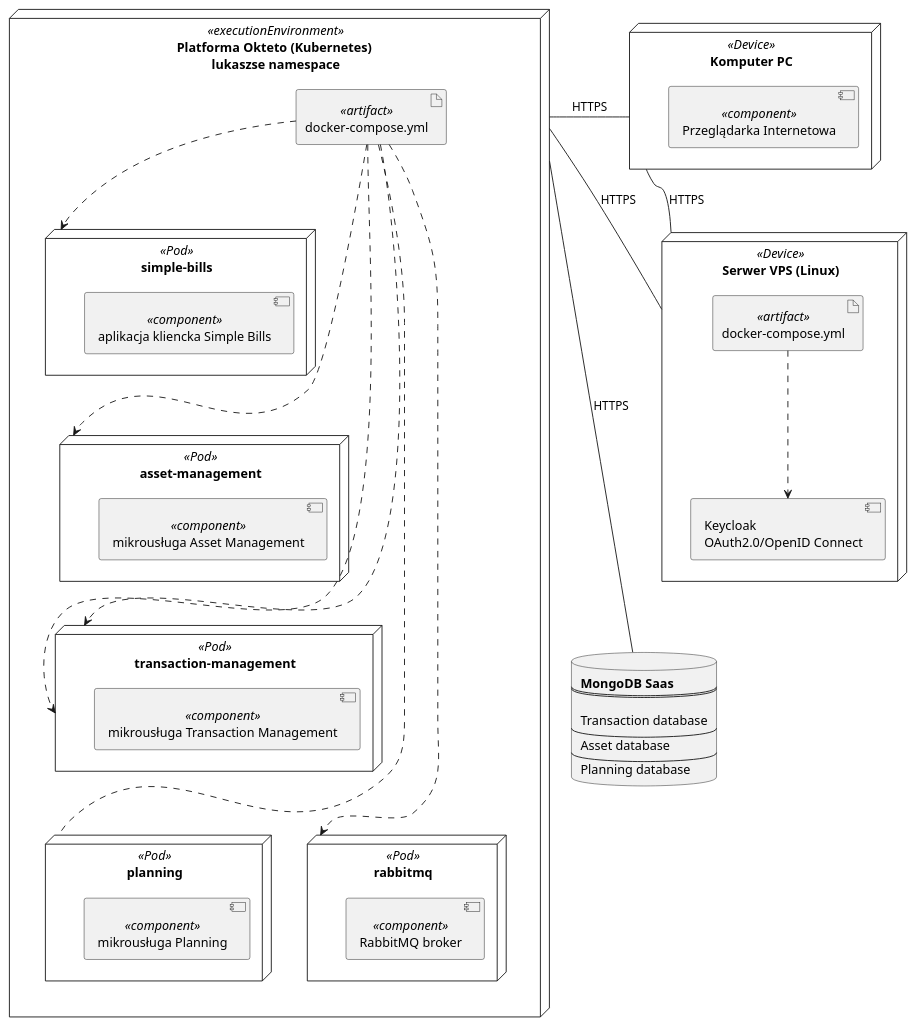
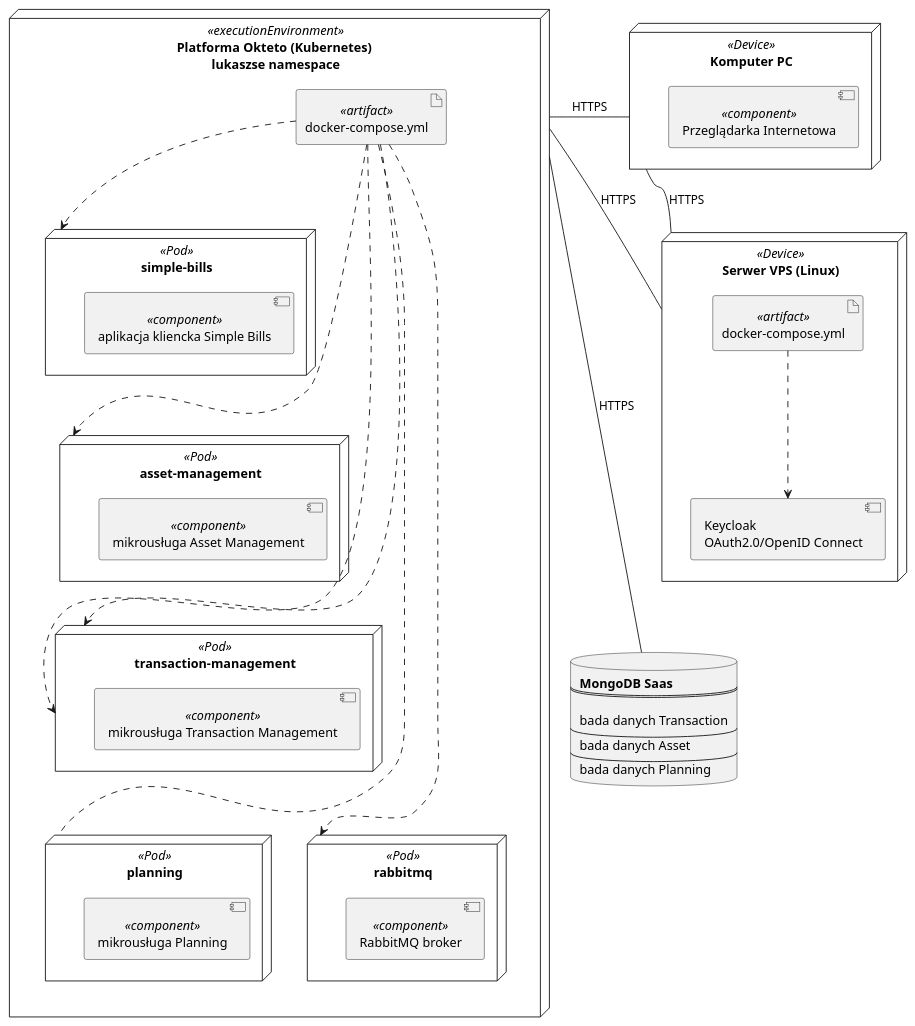
The diagram in diagrams/deployment-diagram/simple-bills-deployment-diagram.puml (lukaszse/simple-bills), drawn with PlantUML before and after one commit. The commit also changed 1 other file, not shown here.

Commit message:
update diagrams

```diff
--- a/diagrams/deployment-diagram/simple-bills-deployment-diagram.puml
+++ b/diagrams/deployment-diagram/simple-bills-deployment-diagram.puml
@@ -1,126 +1,126 @@
 @startuml
 'https://plantuml.com/deployment-diagram
 
 
 node "Serwer VPS (Linux)" <<Device>> as linux {
     artifact "docker-compose.yml" <<artifact>> as dcompKeycloak
     component "Keycloak \nOAuth2.0/OpenID Connect" as keycloak
 }
 
 node "Komputer PC" <<Device>> as pc {
     component "Przeglądarka Internetowa" <<component>>
 }
 
 node "Platforma Okteto (Kubernetes) \nlukaszse namespace" <<executionEnvironment>> as okteto {
 
     artifact "docker-compose.yml" <<artifact>> as dComp
 
     node "simple-bills" <<Pod>> as gui {
     component "aplikacja kliencka Simple Bills" <<component>>
     }
 
     node "asset-management" <<Pod>> as asset {
     component "mikrousługa Asset Management" <<component>>
     }
 
     node "transaction-management" <<Pod>> as transaction {
     component "mikrousługa Transaction Management" <<component>>
     }
 
     node "planning" <<Pod>> as planning {
     component "mikrousługa Planning" <<component>>
     }
 
     node "rabbitmq" <<Pod>> as rabbit {
     component "RabbitMQ broker" <<component>>
     }
 }
 
 
 database mongo [
 <b>MongoDB Saas
 ===
 
-Transaction database
+bada danych Transaction
 ----
-Asset database
+bada danych Asset
 ----
-Planning database
+bada danych Planning
 ]
 
 dComp ..> gui
 dComp ..... planning
 dComp ...> asset
 dComp ....> transaction
 dComp ...> transaction
 dComp .....> rabbit
 dcompKeycloak ..> keycloak
 pc -left- okteto : HTTPS
 linux -- okteto : HTTPS
 pc -- linux : HTTPS
 okteto ---- mongo : HTTPS
 
 
 
 'actor actor
 'actor/ "actor/"
 'agent agent
 'artifact artifact
 'boundary boundary
 'card card
 'circle circle
 'cloud cloud
 'collections collections
 'component component
 'control control
 'database database
 'entity entity
 'file file
 'folder folder
 'frame frame
 'interface interface
 'label label
 'node node
 'package package
 'queue queue
 'rectangle rectangle
 'stack stack
 'storage storage
 'usecase usecase
 'usecase/ "usecase/"
 
 
 'artifact artifact {
 'card card {
 'cloud cloud {
 'component component {
 'database database {
 'file file {
 'folder folder {
 'frame frame {
 'hexagon hexagon {
 'node node {
 'package package {
 'queue queue {
 'rectangle rectangle {
 'stack stack {
 'storage storage {
 '}
 '}
 '}
 '}
 '}
 '}
 '}
 '}
 '}
 '}
 '}
 '}
 '}
 '}
 '}
 
 
 
 @enduml
```
